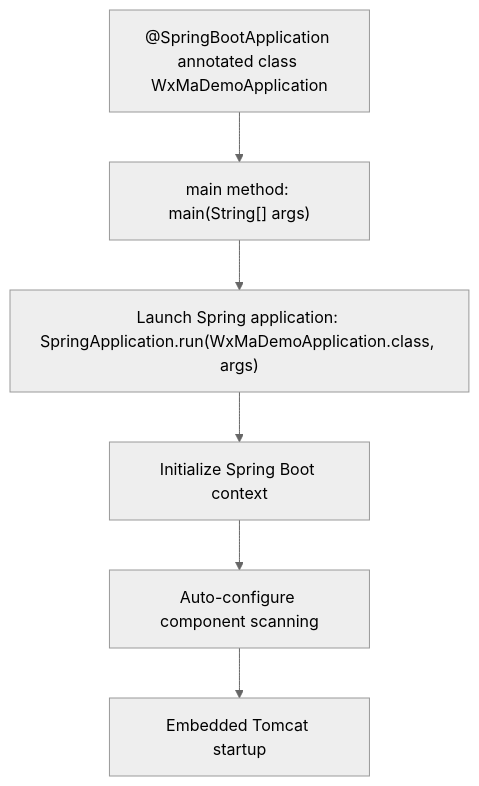
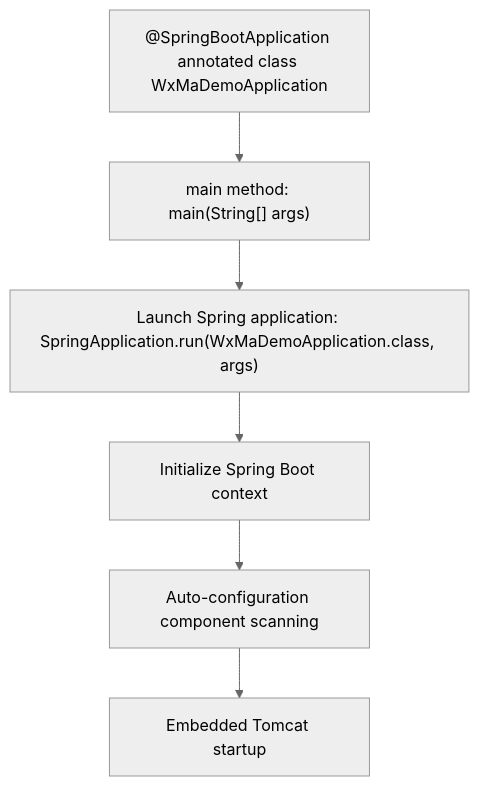
Before and after one commit to v-wjrong/rongwj666_weixin-java-miniapp-demo: the second of 2 diagrams in docs/en/docs/src/main/java/com/github/binarywang/demo/wx/miniapp/WxMaDemoApplication.md, drawn with Mermaid (neutral theme). The commit also changed other lines of this file and 37 other files, not shown here.

````diff
--- a/docs/en/docs/src/main/java/com/github/binarywang/demo/wx/miniapp/WxMaDemoApplication.md
+++ b/docs/en/docs/src/main/java/com/github/binarywang/demo/wx/miniapp/WxMaDemoApplication.md
@@ -52,15 +52,15 @@
 ```mermaid
 graph TD
     A["@SpringBootApplication annotated class WxMaDemoApplication"]
     B["main method: main(String[] args)"]
     C["Launch Spring application: SpringApplication.run(WxMaDemoApplication.class, args)"]
     D["Initialize Spring Boot context"]
-    E["Auto-configure component scanning"]
+    E["Auto-configuration component scanning"]
     F["Embedded Tomcat startup"]
 
     A --> B
     B --> C
     C --> D
     D --> E
     E --> F
 ```
````
